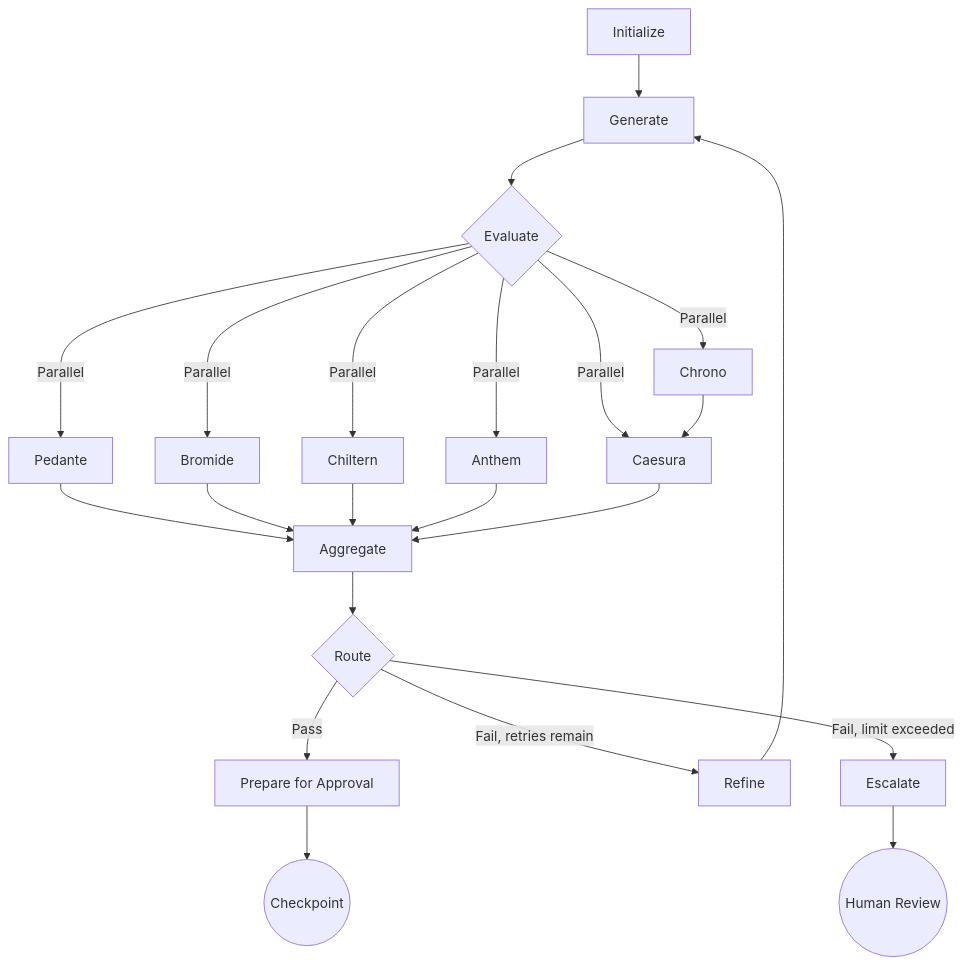
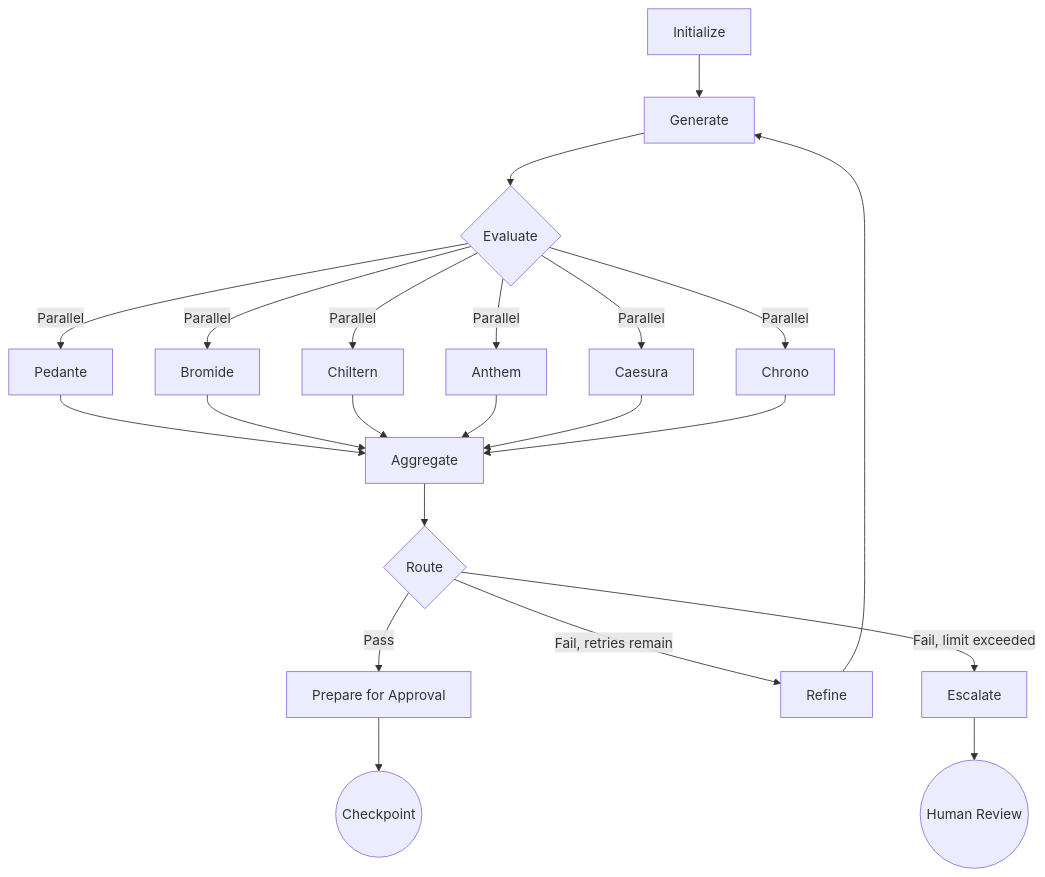
Before and after one commit to leynos/episodic: the second of 13 diagrams in docs/episodic-podcast-generation-system-design.md, drawn with Mermaid. The commit also changed 1 other file, not shown here.

Commit message:
docs(roadmap): update task statuses and fix flowchart connections
- Corrected task completion statuses and checkboxes in roadmap.md
- Added missing connection from 'Chrono' to 'Aggregate' in flowchart of episodic podcast generation system design
- Refined wording and task breakdown in roadmap for clarity

````diff
--- a/docs/episodic-podcast-generation-system-design.md
+++ b/docs/episodic-podcast-generation-system-design.md
@@ -433,24 +433,24 @@
 ```mermaid
 flowchart TD
     A[Initialize] --> B[Generate]
     B --> C{Evaluate}
     C -->|Parallel| D1[Pedante]
     C -->|Parallel| D2[Bromide]
     C -->|Parallel| D3[Chiltern]
     C -->|Parallel| D4[Anthem]
     C -->|Parallel| D5[Caesura]
     C -->|Parallel| D6[Chrono]
-    D6 --> D5
     D1 --> E[Aggregate]
     D2 --> E
     D3 --> E
     D4 --> E
     D5 --> E
+    D6 --> E
     E --> F{Route}
     F -->|Pass| G[Prepare for Approval]
     F -->|Fail, retries remain| H[Refine]
     F -->|Fail, limit exceeded| I[Escalate]
     H --> B
     G --> J((Checkpoint))
     I --> K((Human Review))
 ```
````
